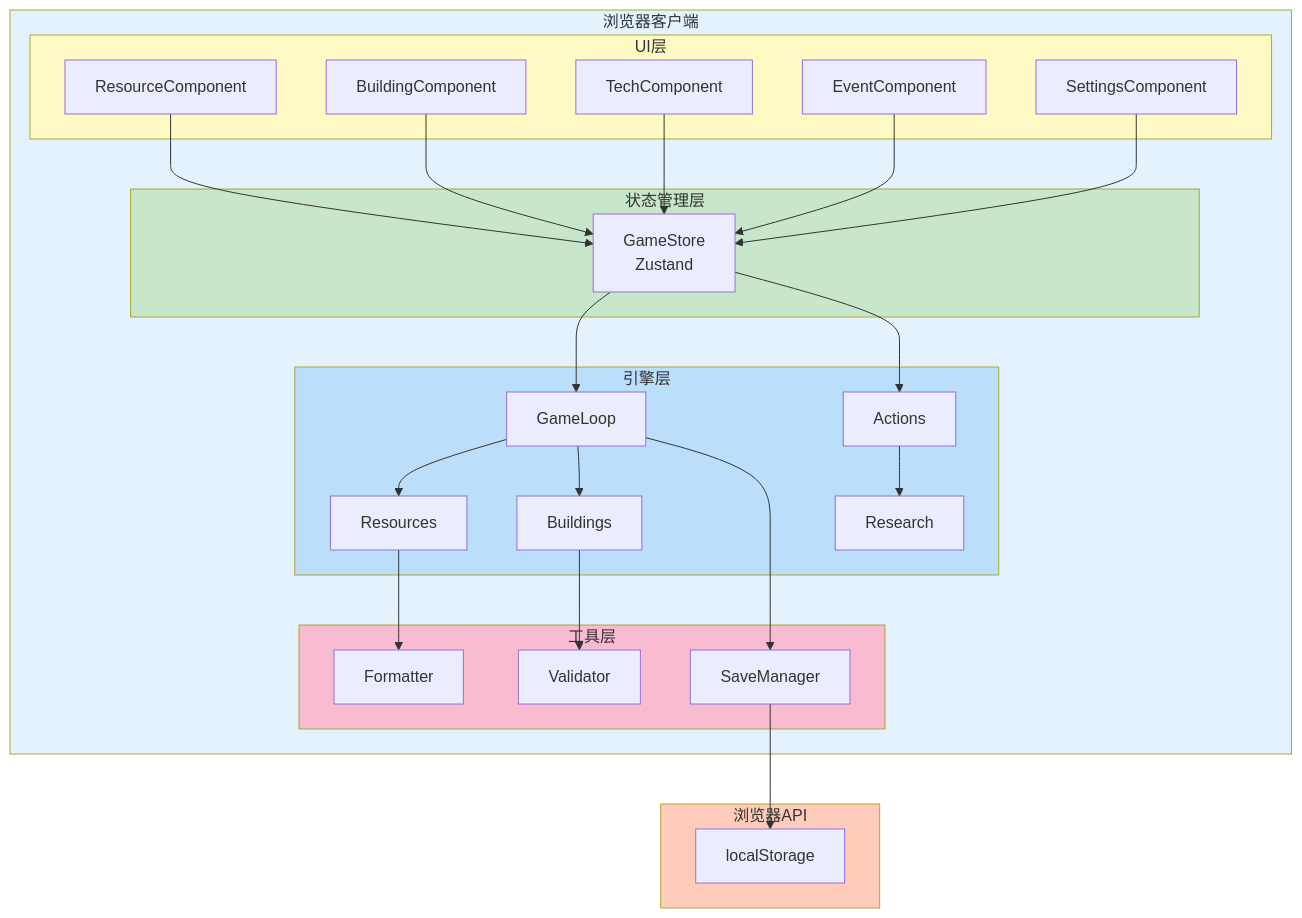
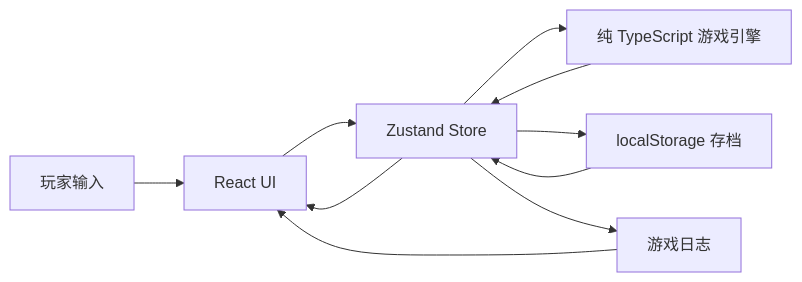
Before and after one commit to kaito387/puppies-game: diagram 13 of 13 in docs/02_系统建模报告.md, drawn with Mermaid. The commit also changed other lines of this file and 7 other files, not shown here.

````diff
--- a/docs/02_系统建模报告.md
+++ b/docs/02_系统建模报告.md
@@ -554,60 +359,12 @@
 ```mermaid
-graph TB
-    subgraph Client["浏览器客户端"]
-        subgraph UI["UI层"]
-            RC["ResourceComponent"]
-            BC["BuildingComponent"]
-            TC["TechComponent"]
-            EC["EventComponent"]
-            SC["SettingsComponent"]
-        end
-
-        subgraph State["状态管理层"]
-            Store["GameStore<br/>Zustand"]
-        end
-
-        subgraph Engine["引擎层"]
-            GameLoop["GameLoop"]
-            Actions["Actions"]
-            Resources["Resources"]
-            Buildings["Buildings"]
-            Tech["Research"]
-        end
-
-        subgraph Utils["工具层"]
-            Save["SaveManager"]
-            Format["Formatter"]
-            Validate["Validator"]
-        end
-    end
-
-    subgraph Browser["浏览器API"]
-        LS["localStorage"]
-    end
-
-    RC --> Store
-    BC --> Store
-    TC --> Store
-    EC --> Store
-    SC --> Store
-
-    Store --> GameLoop
-    Store --> Actions
-
-    GameLoop --> Resources
-    GameLoop --> Buildings
-    Actions --> Tech
-
-    Save --> LS
-    GameLoop --> Save
-
-    Resources --> Format
-    Buildings --> Validate
-
-    style Client fill:#e3f2fd
-    style UI fill:#fff9c4
-    style State fill:#c8e6c9
-    style Engine fill:#bbdefb
-    style Utils fill:#f8bbd0
-    style Browser fill:#ffccbc
+flowchart LR
+  Player["玩家输入"] --> UI["React UI"]
+  UI --> Store["Zustand Store"]
+  Store --> Engine["纯 TypeScript 游戏引擎"]
+  Engine --> Store
+  Store --> UI
+  Store --> LocalStorage["localStorage 存档"]
+  LocalStorage --> Store
+  Store --> Logs["游戏日志"]
+  Logs --> UI
 ```
````
